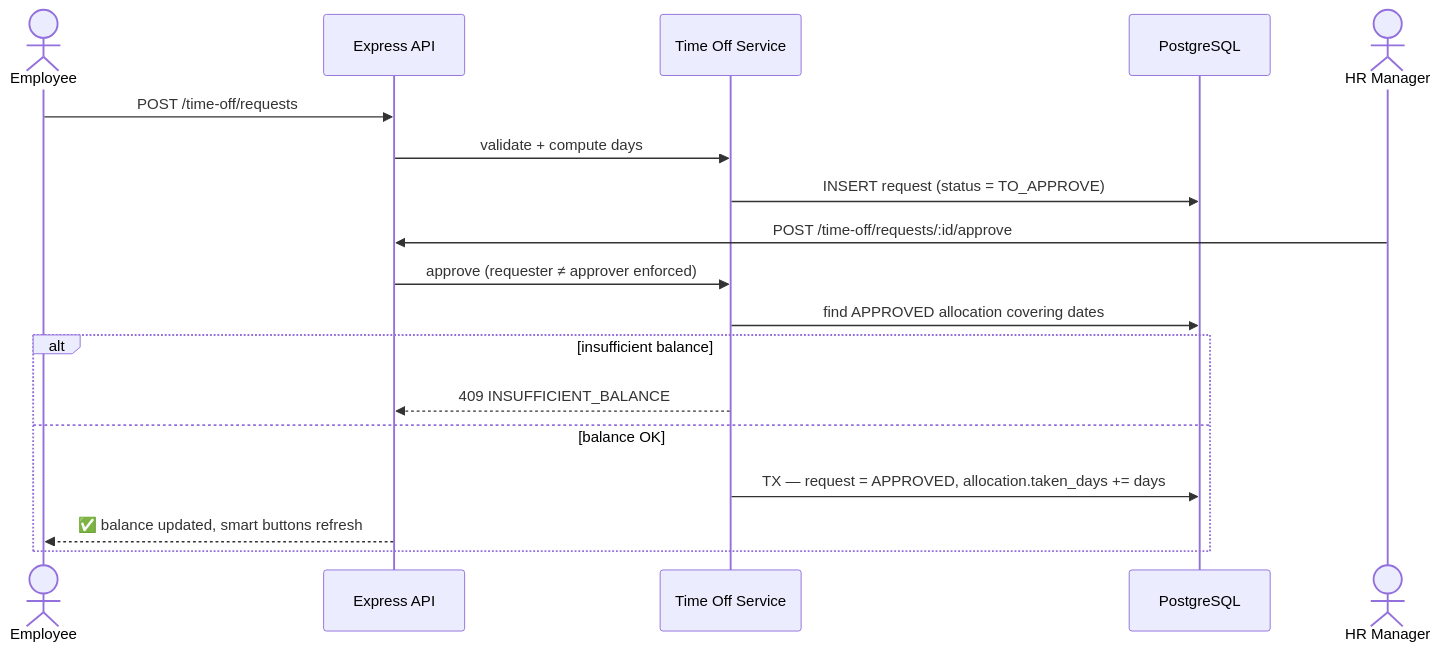
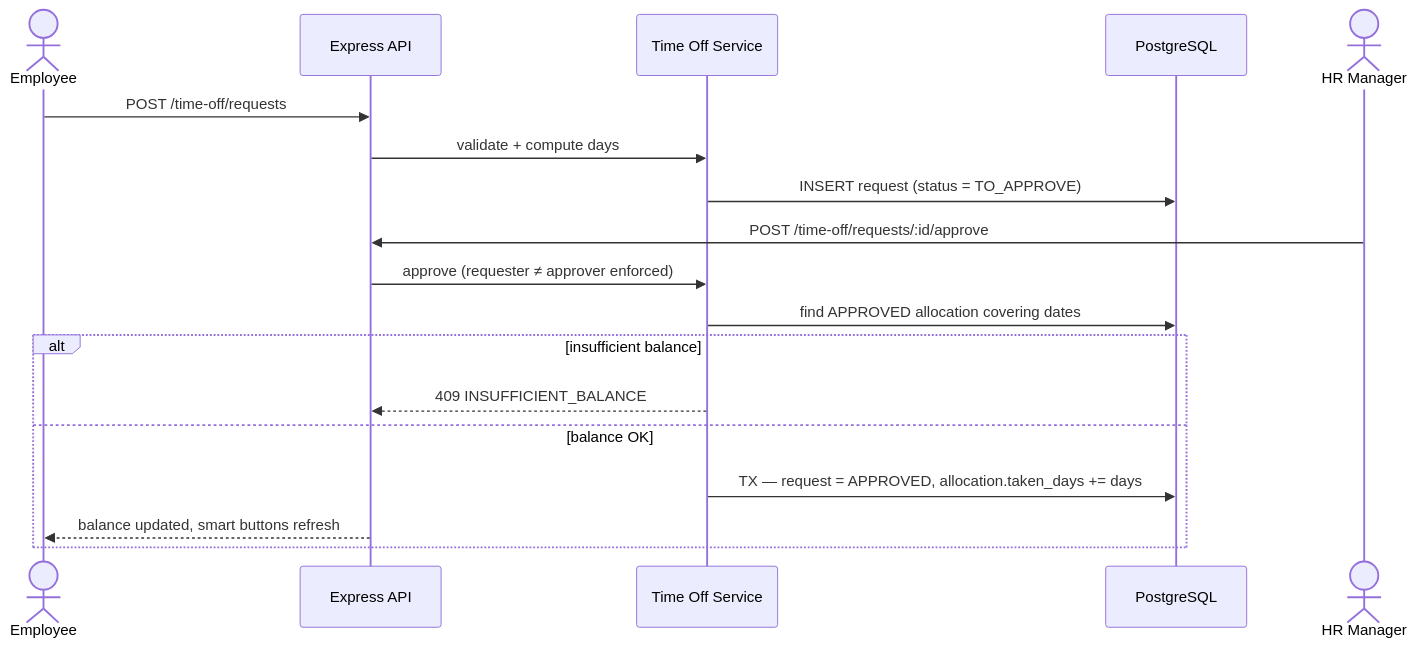
One commit to akshhthakkar/odoo-final changed the fifth of 5 diagrams in README.md. Above: the diagram before and after it, drawn with Mermaid. The commit also changed other lines of this file and 1 other file, not shown here.

````diff
--- a/README.md
+++ b/README.md
@@ -305,22 +306,22 @@
 ```mermaid
 sequenceDiagram
     actor E as Employee
     participant API as Express API
     participant S as Time Off Service
     participant DB as PostgreSQL
     actor HR as HR Manager
 
     E->>API: POST /time-off/requests
     API->>S: validate + compute days
     S->>DB: INSERT request (status = TO_APPROVE)
 
     HR->>API: POST /time-off/requests/:id/approve
     API->>S: approve (requester ≠ approver enforced)
     S->>DB: find APPROVED allocation covering dates
     alt insufficient balance
         S-->>API: 409 INSUFFICIENT_BALANCE
     else balance OK
         S->>DB: TX — request = APPROVED, allocation.taken_days += days
-        API-->>E: ✅ balance updated, smart buttons refresh
+        API-->>E: balance updated, smart buttons refresh
     end
 ```
````
